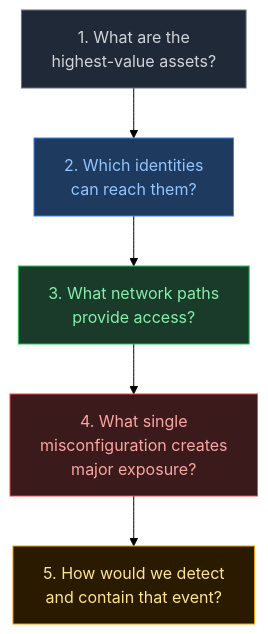
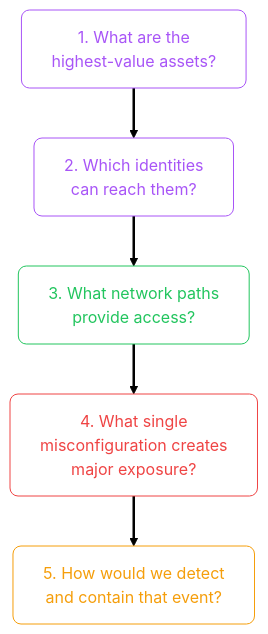
Before and after one commit to zafarale/cloudification: the seventh of 7 diagrams in src/content/cloud/common/security-foundations.mdx, drawn with Mermaid (forest theme). The commit also changed other lines of this file and 84 other files, not shown here.

````diff
--- a/src/content/cloud/common/security-foundations.mdx
+++ b/src/content/cloud/common/security-foundations.mdx
@@ -241,16 +268,18 @@
 ```mermaid
 flowchart TD
-    Q1["1. What are the\nhighest-value assets?"]
-    Q2["2. Which identities\ncan reach them?"]
-    Q3["3. What network paths\nprovide access?"]
-    Q4["4. What single\nmisconfiguration creates\nmajor exposure?"]
-    Q5["5. How would we detect\nand contain that event?"]
+    accTitle: Practical Threat Modeling Starter
+    accDescr: Flowchart (td) showing 1. What are the highest-value assets, 2. Which identities can reach them, 3. What network paths provide access
+    classDef step fill:none,stroke:#a855f7,color:#a855f7,rx:8,ry:8
+    classDef ok   fill:none,stroke:#22c55e,color:#22c55e,rx:8,ry:8
+    classDef fail fill:none,stroke:#ef4444,color:#ef4444,rx:8,ry:8
+    classDef decesion fill:none,stroke:#f59e0b,color:#f59e0b,rx:8,ry:8
+    linkStyle default stroke-width:2.5px
+
+    Q1["1. What are the<br/>highest-value assets?"]:::step
+    Q2["2. Which identities<br/>can reach them?"]:::step
+    Q3["3. What network paths<br/>provide access?"]:::ok
+    Q4["4. What single<br/>misconfiguration creates<br/>major exposure?"]:::fail
+    Q5["5. How would we detect<br/>and contain that event?"]:::decesion
 
     Q1 --> Q2 --> Q3 --> Q4 --> Q5
-
-    style Q1 fill:#1f2937,stroke:#6b7280,color:#d1d5db
-    style Q2 fill:#1e3a5f,stroke:#3b82f6,color:#93c5fd
-    style Q3 fill:#1a3a2a,stroke:#22c55e,color:#86efac
-    style Q4 fill:#3a1a1a,stroke:#ef4444,color:#fca5a5
-    style Q5 fill:#2a1a00,stroke:#f59e0b,color:#fde68a
 ```
````
